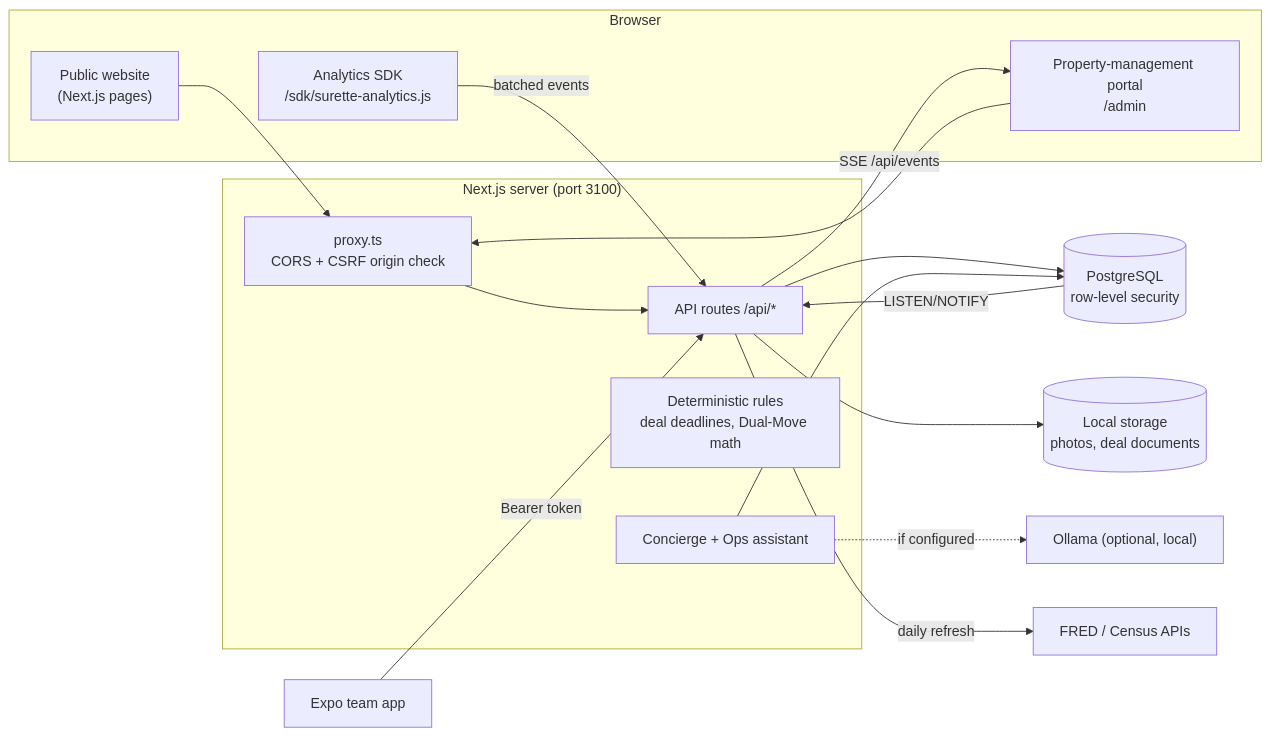
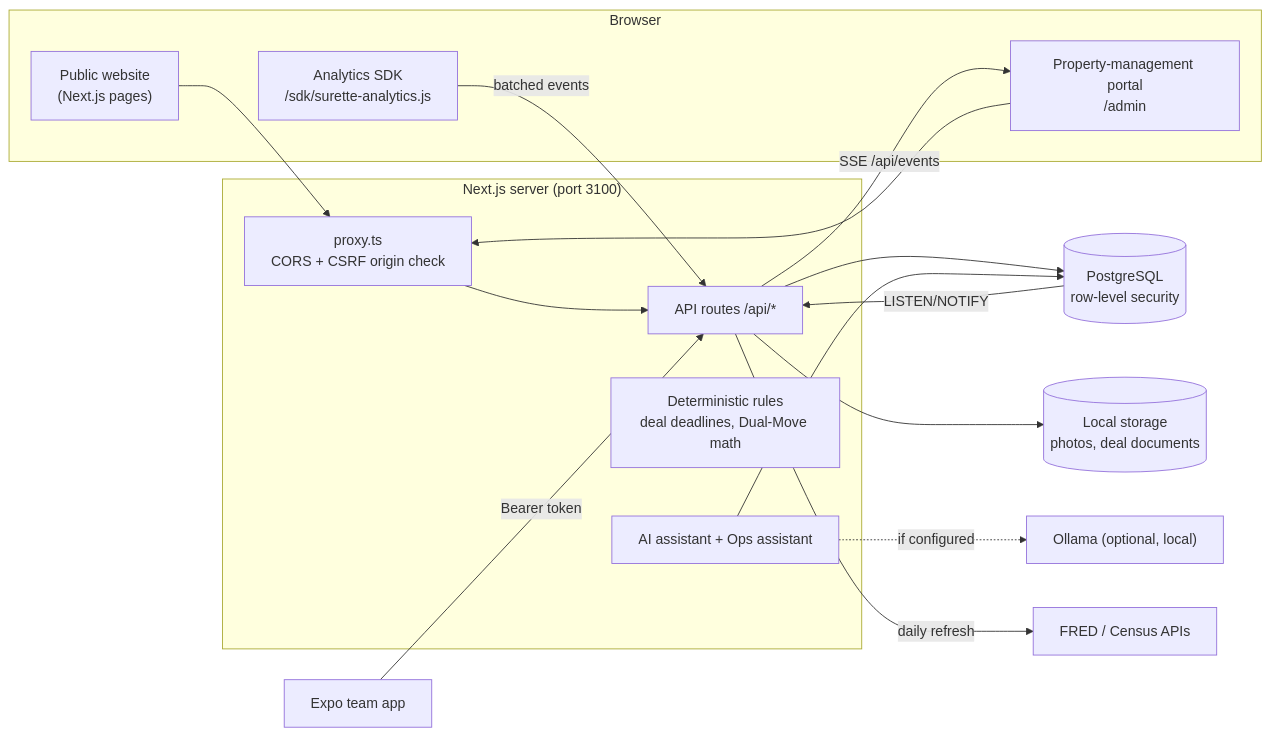
Before and after one commit to AkshaySaraf17/surette-nexus: the diagram in docs/architecture.md, drawn with Mermaid. The commit also changed 118 other files, not shown here.

First line of the commit message:
Add customer email confirmation, password reset and Google sign-in; rename the concierge to AI assistant; label the site as a demo

````diff
--- a/docs/architecture.md
+++ b/docs/architecture.md
@@ -6,30 +6,30 @@
 ```mermaid
 flowchart LR
   subgraph Browser
     Site["Public website<br/>(Next.js pages)"]
     Portal["Property-management portal<br/>/admin"]
     SDK["Analytics SDK<br/>/sdk/surette-analytics.js"]
   end
   Mobile["Expo team app"]
   subgraph Server["Next.js server (port 3100)"]
     API["API routes /api/*"]
     Proxy["proxy.ts<br/>CORS + CSRF origin check"]
-    Concierge["Concierge + Ops assistant"]
+    Assistant["AI assistant + Ops assistant"]
     Rules["Deterministic rules<br/>deal deadlines, Dual-Move math"]
   end
   PG[("PostgreSQL<br/>row-level security")]
   Disk[("Local storage<br/>photos, deal documents")]
   Ollama["Ollama (optional, local)"]
   FRED["FRED / Census APIs"]
 
   Site --> Proxy --> API
   Portal --> Proxy
   Mobile -->|Bearer token| API
   SDK -->|batched events| API
   API --> PG
   API --> Disk
-  Concierge --> PG
-  Concierge -.->|if configured| Ollama
+  Assistant --> PG
+  Assistant -.->|if configured| Ollama
   API -->|daily refresh| FRED
   PG -->|LISTEN/NOTIFY| API -->|SSE /api/events| Portal
 ```
````
